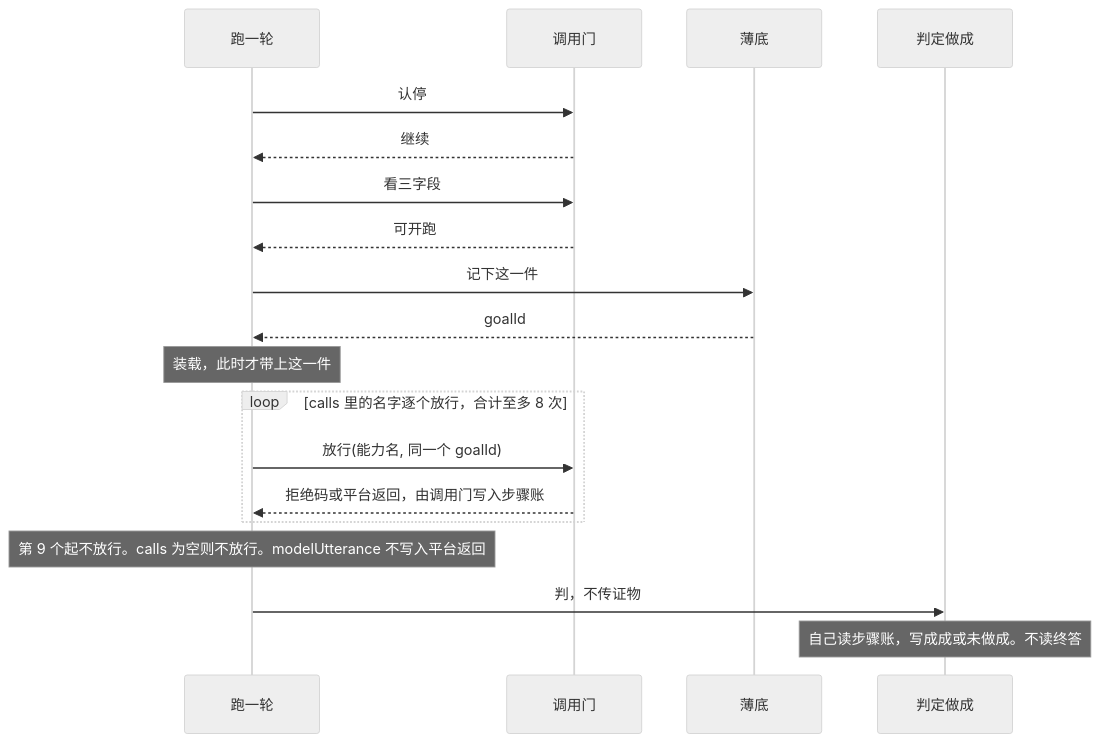
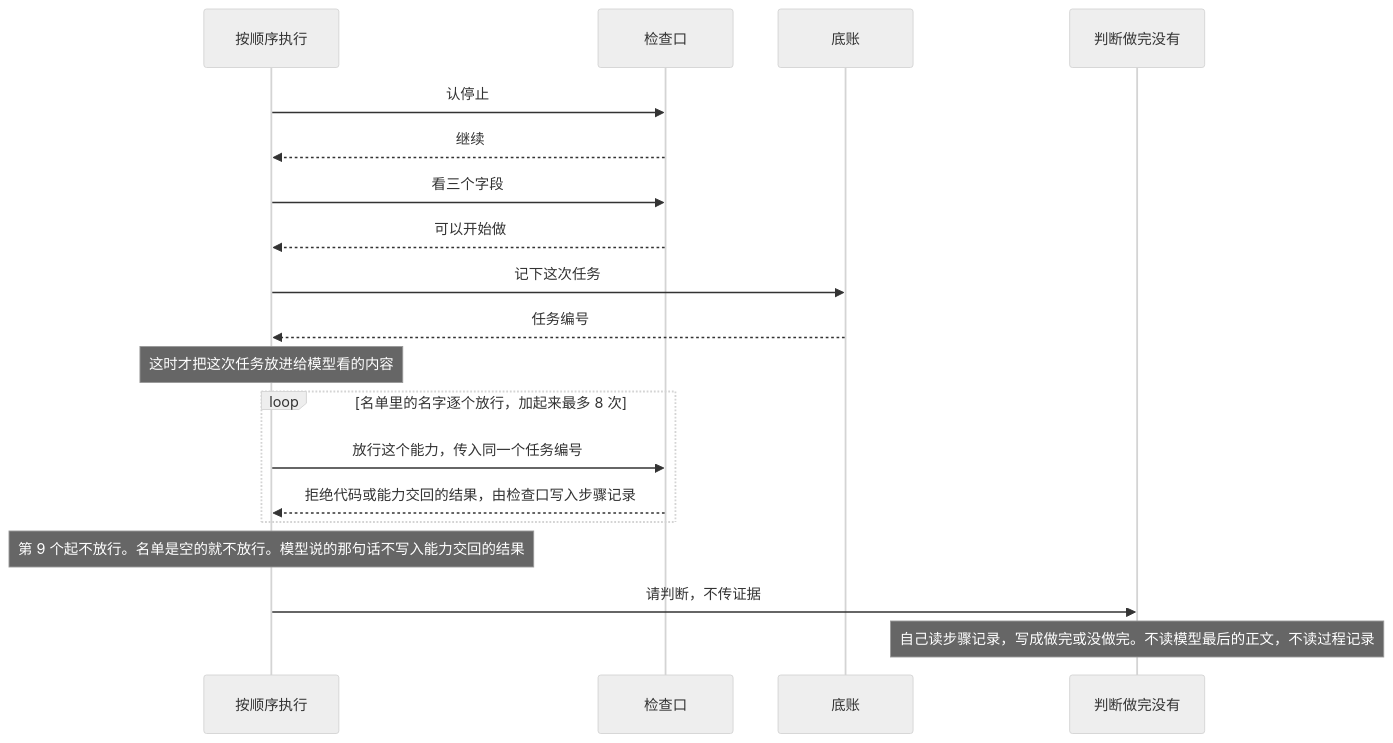
The fourth of 5 diagrams in docs/specs/一轮闭环.md (zxpmail/tepeu), drawn with Mermaid (neutral theme) before and after one commit. The commit also changed other lines of this file and 18 other files, not shown here.

````diff
--- a/docs/specs/一轮闭环.md
+++ b/docs/specs/一轮闭环.md
@@ -132,21 +133,21 @@
 ```mermaid
 sequenceDiagram
-  participant 跑一轮
-  participant 调用门
-  participant 薄底
-  participant 判定做成
-  跑一轮->>调用门: 认停
-  调用门-->>跑一轮: 继续
-  跑一轮->>调用门: 看三字段
-  调用门-->>跑一轮: 可开跑
-  跑一轮->>薄底: 记下这一件
-  薄底-->>跑一轮: goalId
-  Note over 跑一轮: 装载，此时才带上这一件
-  loop calls 里的名字逐个放行，合计至多 8 次
-    跑一轮->>调用门: 放行(能力名, 同一个 goalId)
-    调用门-->>跑一轮: 拒绝码或平台返回，由调用门写入步骤账
+  participant 按顺序执行
+  participant 检查口
+  participant 底账
+  participant 判断做完没有
+  按顺序执行->>检查口: 认停止
+  检查口-->>按顺序执行: 继续
+  按顺序执行->>检查口: 看三个字段
+  检查口-->>按顺序执行: 可以开始做
+  按顺序执行->>底账: 记下这次任务
+  底账-->>按顺序执行: 任务编号
+  Note over 按顺序执行: 这时才把这次任务放进给模型看的内容
+  loop 名单里的名字逐个放行，加起来最多 8 次
+    按顺序执行->>检查口: 放行这个能力，传入同一个任务编号
+    检查口-->>按顺序执行: 拒绝代码或能力交回的结果，由检查口写入步骤记录
   end
-  Note over 跑一轮: 第 9 个起不放行。calls 为空则不放行。modelUtterance 不写入平台返回
-  跑一轮->>判定做成: 判，不传证物
-  Note over 判定做成: 自己读步骤账，写成成或未做成。不读终答
+  Note over 按顺序执行: 第 9 个起不放行。名单是空的就不放行。模型说的那句话不写入能力交回的结果
+  按顺序执行->>判断做完没有: 请判断，不传证据
+  Note over 判断做完没有: 自己读步骤记录，写成做完或没做完。不读模型最后的正文，不读过程记录
 ```
````
